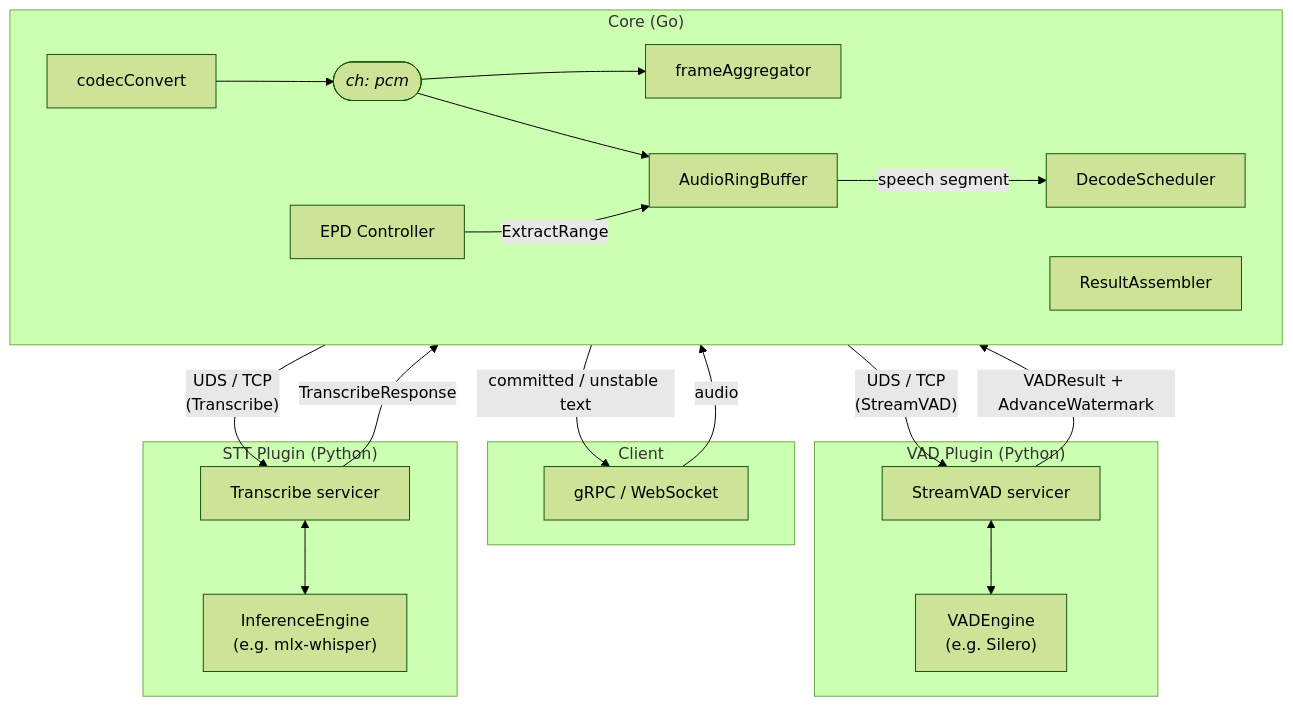
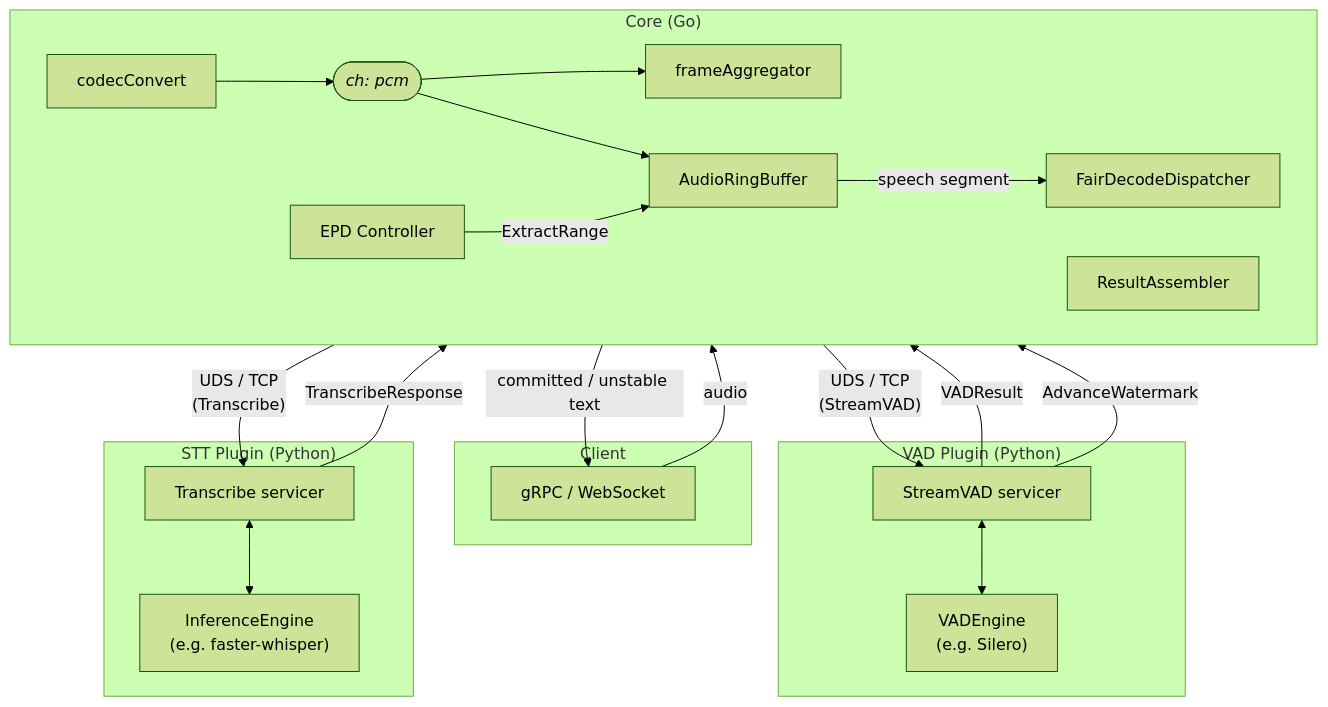
One commit to speechmux/speechmux changed the first of 2 diagrams in README.md. Above: the diagram before and after it, drawn with Mermaid (forest theme). The commit also changed other lines of this file, not shown here.

Commit message:
docs(readme): update architecture diagrams for batch and streaming engines

````diff
--- a/README.md
+++ b/README.md
@@ -9,31 +9,32 @@
 ```mermaid
 flowchart TD
     subgraph Client
         transport["gRPC / WebSocket"]
     end
 
     subgraph Core ["Core (Go)"]
         direction LR
         codecConvert["codecConvert"] --> pcmCh(["<i>ch: pcm</i>"])
         pcmCh --> frameAggregator["frameAggregator"]
         pcmCh --> ARB["AudioRingBuffer"]
         EPDC["EPD Controller"] -->|"ExtractRange"| ARB
-        ARB -->|"speech segment"| DS["DecodeScheduler"]
+        ARB -->|"speech segment"| FDD["FairDecodeDispatcher"]
         RA["ResultAssembler"]
     end
 
     subgraph VADPlugin ["VAD Plugin (Python)"]
         VADServicer["StreamVAD servicer"] <--> VADEngine["VADEngine</br>(e.g. Silero)"]
     end
 
     subgraph STTPlugin ["STT Plugin (Python)"]
-        STTServicer["Transcribe servicer"] <--> InferenceEngine["InferenceEngine</br>(e.g. mlx-whisper)"]
+        STTServicer["Transcribe servicer"] <--> InferenceEngine["InferenceEngine</br>(e.g. faster-whisper)"]
     end
 
     transport -->|"audio"| codecConvert
     frameAggregator -->|"UDS / TCP</br>(StreamVAD)"| VADServicer
-    VADServicer -->|"VADResult + AdvanceWatermark"| EPDC
-    DS -->|"UDS / TCP</br>(Transcribe)"| STTServicer
+    VADServicer -->|"VADResult"| EPDC
+    VADServicer -->|"AdvanceWatermark"| ARB
+    FDD -->|"UDS / TCP</br>(Transcribe)"| STTServicer
     STTServicer -->|"TranscribeResponse"| RA
     RA -->|"committed / unstable text"| transport
 ```
````
